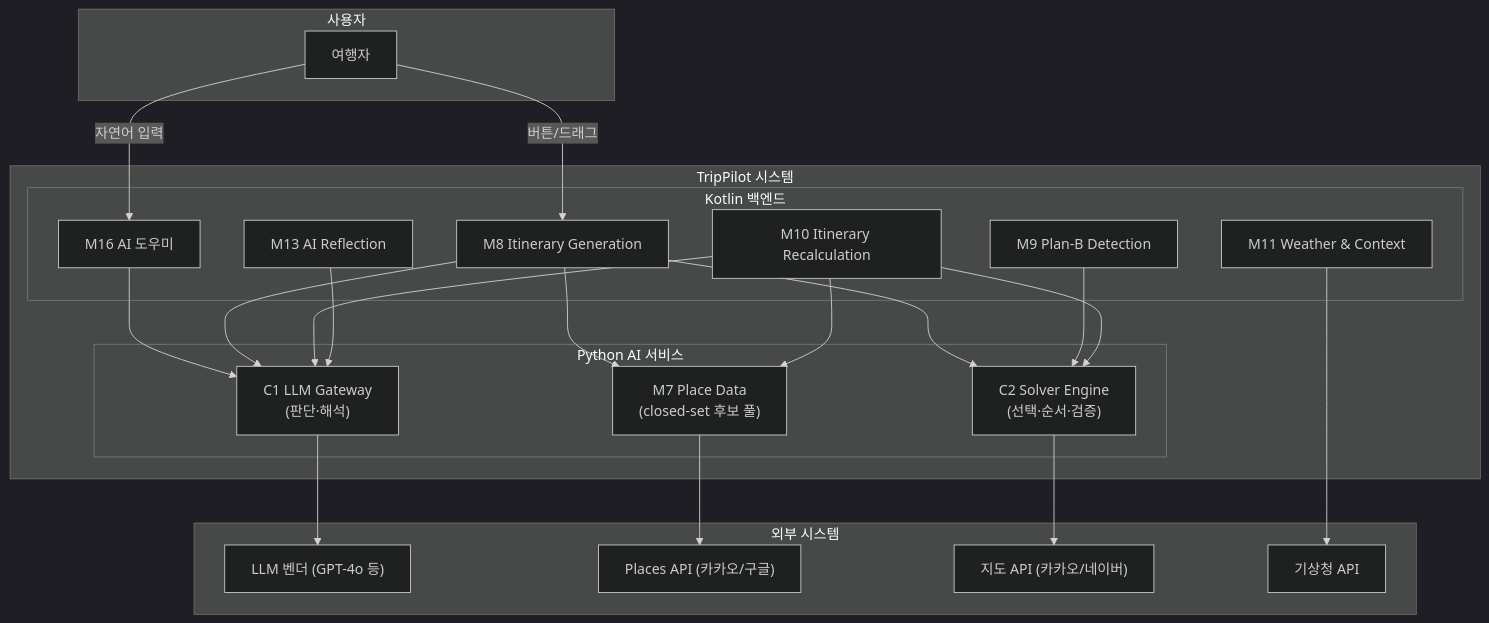
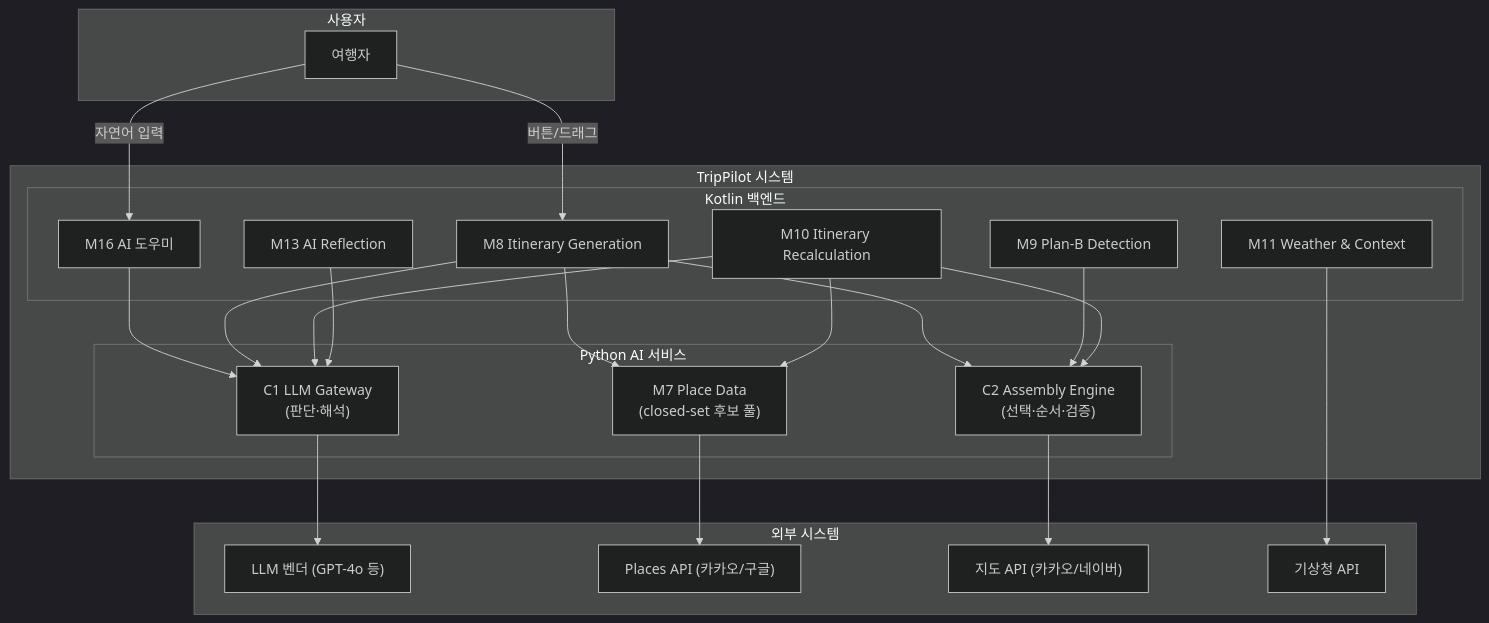
Before and after one commit to ASM-TripPilot/trippilot: the diagram in ai/aidlc-docs/inception/reverse-engineering/business-overview.md, drawn with Mermaid (dark theme). The commit also changed other lines of this file and 148 other files, not shown here.

````diff
--- a/ai/aidlc-docs/inception/reverse-engineering/business-overview.md
+++ b/ai/aidlc-docs/inception/reverse-engineering/business-overview.md
@@ -5,43 +5,43 @@
 ```mermaid
 flowchart TD
     subgraph Users["사용자"]
         TRV["여행자"]
     end
     subgraph TripPilot["TripPilot 시스템"]
         subgraph AIService["Python AI 서비스"]
             C1["C1 LLM Gateway\n(판단·해석)"]
-            C2["C2 Solver Engine\n(선택·순서·검증)"]
+            C2["C2 Assembly Engine\n(선택·순서·검증)"]
             M7["M7 Place Data\n(closed-set 후보 풀)"]
         end
         subgraph KotlinBE["Kotlin 백엔드"]
             M8["M8 Itinerary Generation"]
             M9["M9 Plan-B Detection"]
             M10["M10 Itinerary Recalculation"]
             M11["M11 Weather & Context"]
             M13["M13 AI Reflection"]
             M16["M16 AI 도우미"]
         end
     end
     subgraph External["외부 시스템"]
         LLM["LLM 벤더 (GPT-4o 등)"]
         Places["Places API (카카오/구글)"]
         Map["지도 API (카카오/네이버)"]
         Weather["기상청 API"]
     end
 
     TRV -->|"자연어 입력"| M16
     TRV -->|"버튼/드래그"| M8
     M16 --> C1
     M8 --> C1
     M8 --> C2
     M8 --> M7
     M9 --> C2
     M10 --> C1
     M10 --> C2
     M10 --> M7
     M13 --> C1
     C1 --> LLM
     M7 --> Places
     C2 --> Map
     M11 --> Weather
 ```
````
